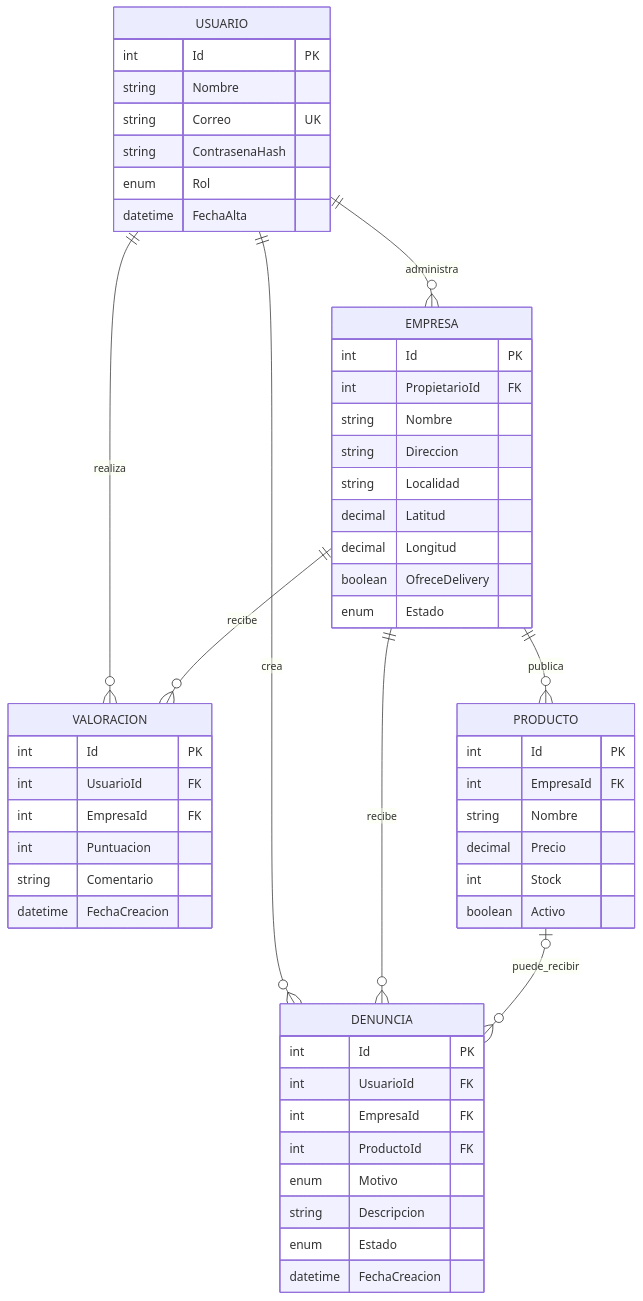
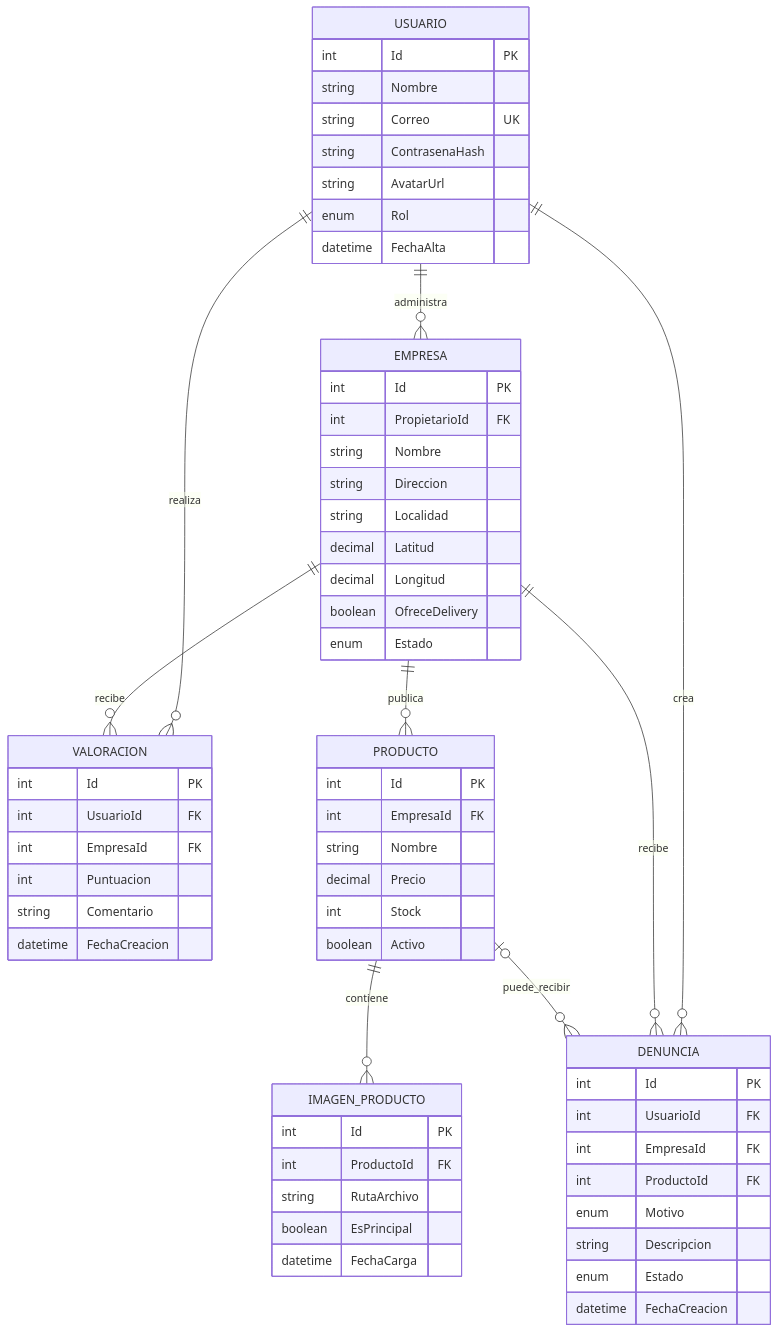
The diagram in README.md (Nahuelitho/MultiTiendasC-Vargas), drawn with Mermaid before and after one commit. The commit also changed other lines of this file and 10 other files, not shown here.

````diff
--- a/README.md
+++ b/README.md
@@ -17,60 +17,70 @@
 ```mermaid
 erDiagram
     USUARIO ||--o{ EMPRESA : administra
     USUARIO ||--o{ VALORACION : realiza
     EMPRESA ||--o{ VALORACION : recibe
     EMPRESA ||--o{ PRODUCTO : publica
+    PRODUCTO ||--o{ IMAGEN_PRODUCTO : contiene
     USUARIO ||--o{ DENUNCIA : crea
     EMPRESA ||--o{ DENUNCIA : recibe
     PRODUCTO o|--o{ DENUNCIA : puede_recibir
 
     USUARIO {
         int Id PK
         string Nombre
         string Correo UK
         string ContrasenaHash
+        string AvatarUrl
         enum Rol
         datetime FechaAlta
     }
 
     EMPRESA {
         int Id PK
         int PropietarioId FK
         string Nombre
         string Direccion
         string Localidad
         decimal Latitud
         decimal Longitud
         boolean OfreceDelivery
         enum Estado
     }
 
     PRODUCTO {
         int Id PK
         int EmpresaId FK
         string Nombre
         decimal Precio
         int Stock
         boolean Activo
     }
 
+    IMAGEN_PRODUCTO {
+        int Id PK
+        int ProductoId FK
+        string RutaArchivo
+        boolean EsPrincipal
+        datetime FechaCarga
+    }
+
     VALORACION {
         int Id PK
         int UsuarioId FK
         int EmpresaId FK
         int Puntuacion
         string Comentario
         datetime FechaCreacion
     }
 
     DENUNCIA {
         int Id PK
         int UsuarioId FK
         int EmpresaId FK
         int ProductoId FK
         enum Motivo
         string Descripcion
         enum Estado
         datetime FechaCreacion
     }
 ```
````
